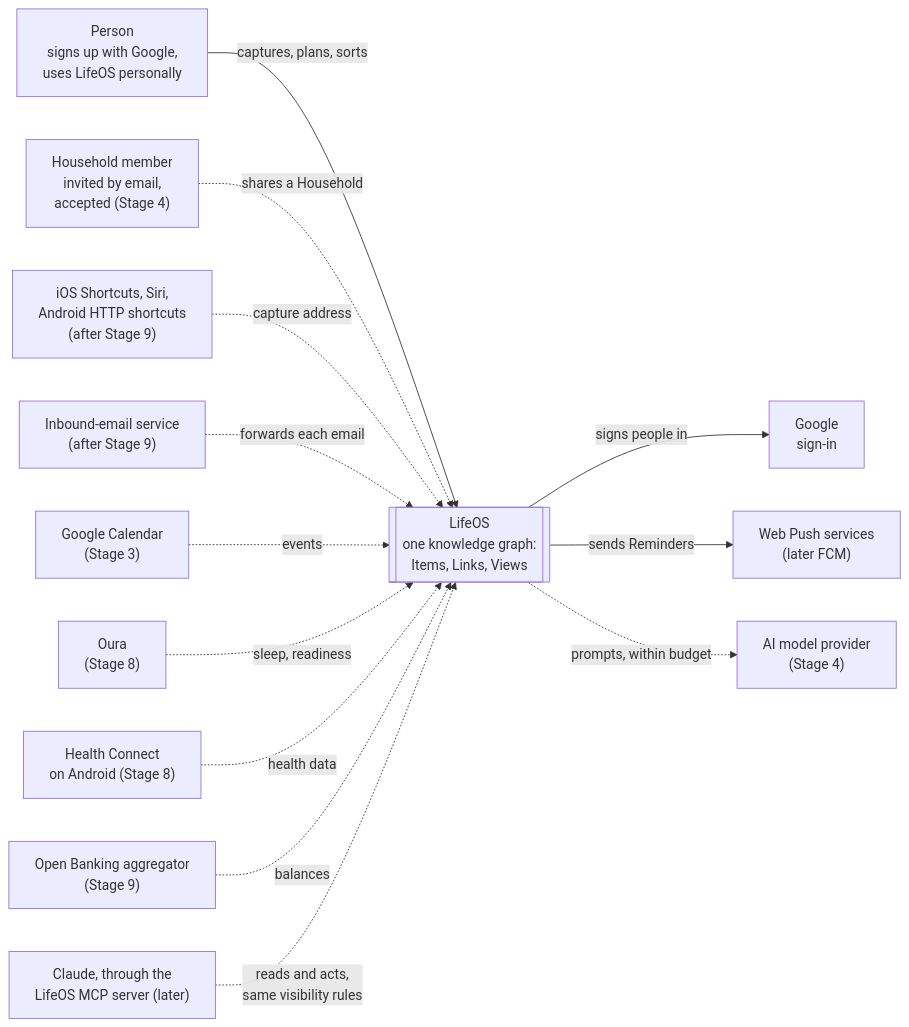
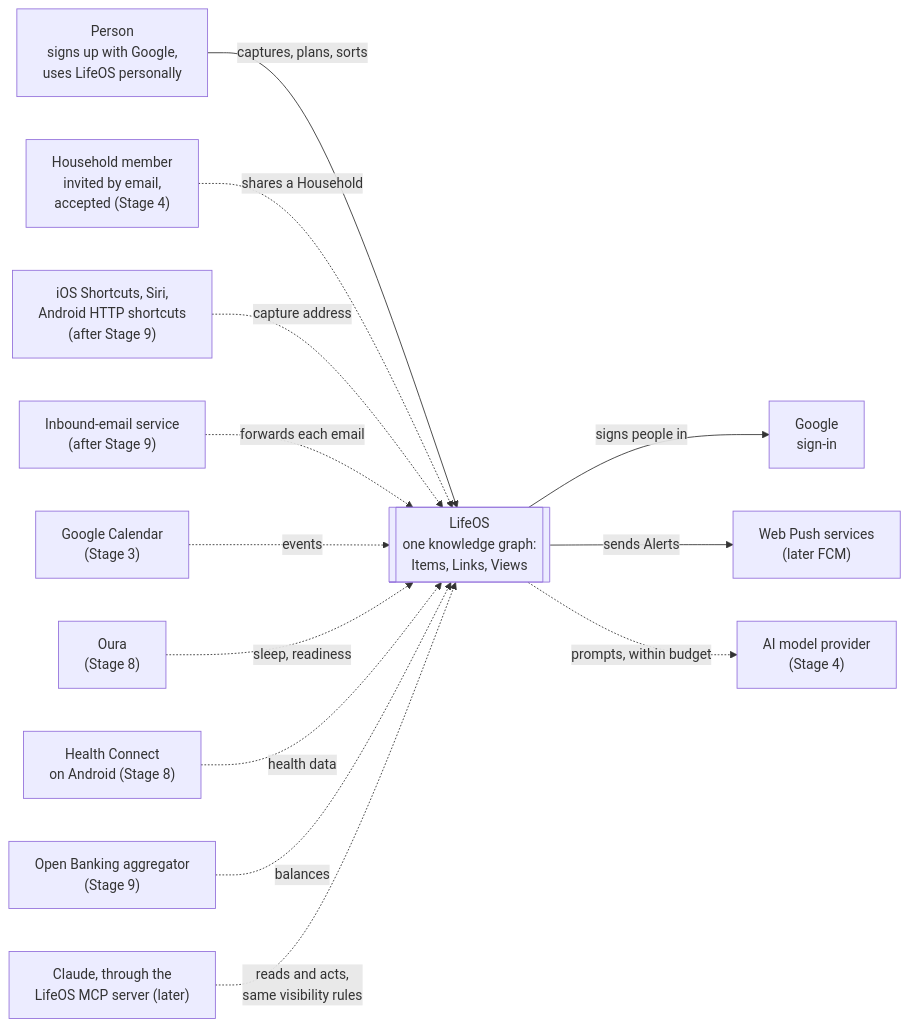
Before and after one commit to joestables/lifeos: the first of 2 diagrams in docs/20-architecture/overview.md, drawn with Mermaid. The commit also changed other lines of this file and 100 other files, not shown here.

````diff
--- a/docs/20-architecture/overview.md
+++ b/docs/20-architecture/overview.md
@@ -8,31 +8,31 @@
 ```mermaid
 flowchart LR
   person["Person<br/>signs up with Google,<br/>uses LifeOS personally"]
   member["Household member<br/>invited by email,<br/>accepted (Stage 4)"]
   shortcuts["iOS Shortcuts, Siri,<br/>Android HTTP shortcuts<br/>(after Stage 9)"]
   email["Inbound-email service<br/>(after Stage 9)"]
 
   lifeos[["LifeOS<br/>one knowledge graph:<br/>Items, Links, Views"]]
 
   google["Google<br/>sign-in"]
   push["Web Push services<br/>(later FCM)"]
   gcal["Google Calendar<br/>(Stage 3)"]
   oura["Oura<br/>(Stage 8)"]
   hc["Health Connect<br/>on Android (Stage 8)"]
   banks["Open Banking aggregator<br/>(Stage 9)"]
   aimodel["AI model provider<br/>(Stage 4)"]
   claude["Claude, through the<br/>LifeOS MCP server (later)"]
 
   person -- "captures, plans, sorts" --> lifeos
   member -. "shares a Household" .-> lifeos
   shortcuts -. "capture address" .-> lifeos
   email -. "forwards each email" .-> lifeos
   lifeos -- "signs people in" --> google
-  lifeos -- "sends Reminders" --> push
+  lifeos -- "sends Alerts" --> push
   gcal -. "events" .-> lifeos
   oura -. "sleep, readiness" .-> lifeos
   hc -. "health data" .-> lifeos
   banks -. "balances" .-> lifeos
   lifeos -. "prompts, within budget" .-> aimodel
   claude -. "reads and acts,<br/>same visibility rules" .-> lifeos
 ```
````
